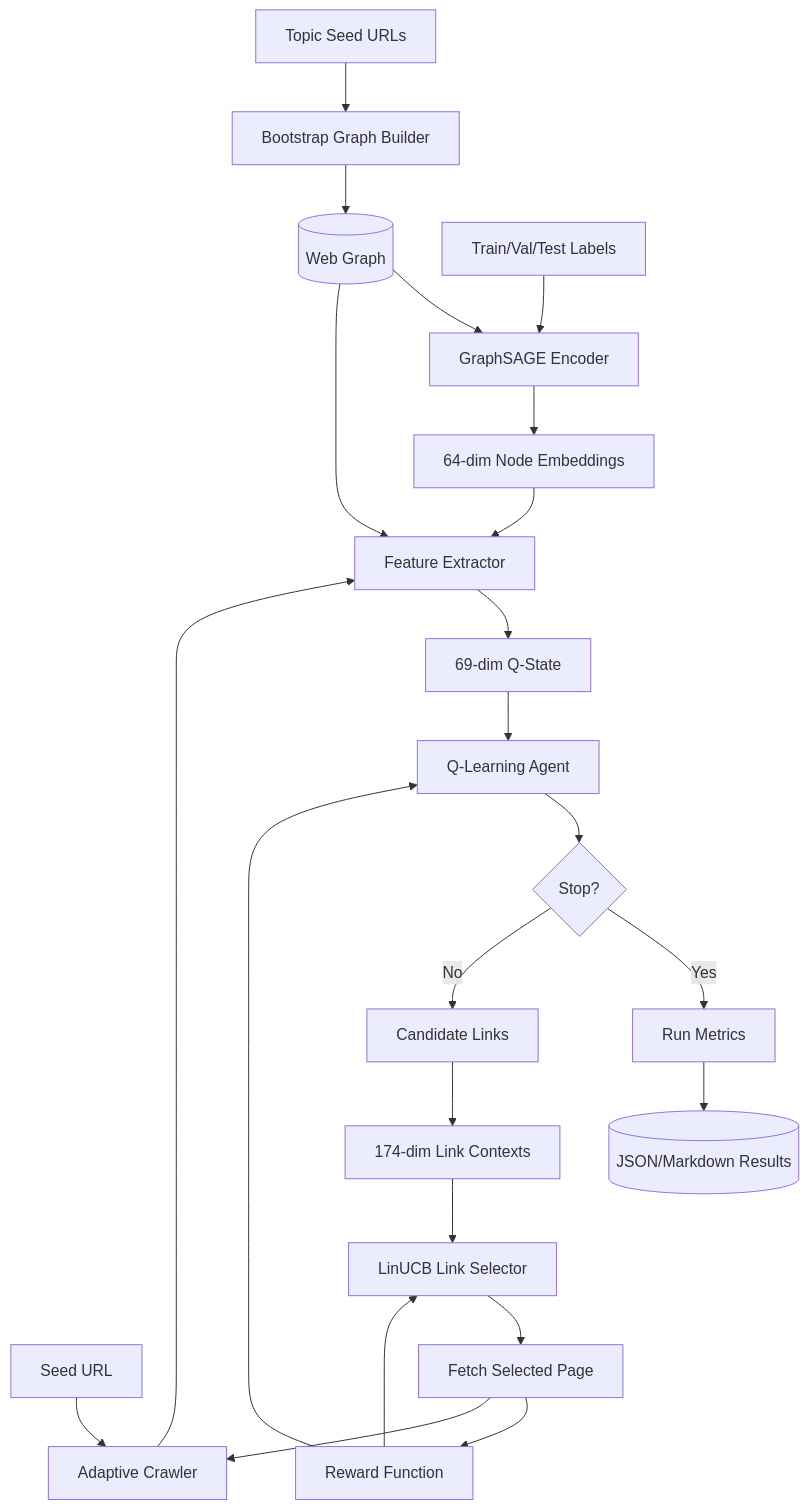
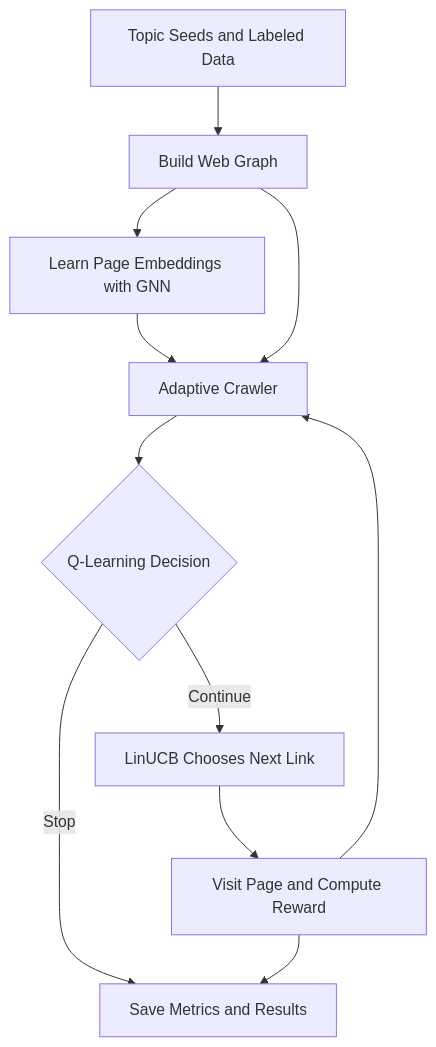
The diagram in README.md (DSCmatter/adaptive-qlearning-web-crawler), drawn with Mermaid before and after one commit. The commit also changed other lines of this file and 1 other file, not shown here.

````diff
--- a/README.md
+++ b/README.md
@@ -114,27 +93,14 @@
 ```mermaid
 flowchart TD
-    Seeds[Topic Seed URLs] --> Bootstrap[Bootstrap Graph Builder]
-    Bootstrap --> Graph[(Web Graph)]
-    Graph --> GNN[GraphSAGE Encoder]
-    Labels[Train/Val/Test Labels] --> GNN
-    GNN --> Embeddings[64-dim Node Embeddings]
+    A[Topic Seeds and Labeled Data] --> B[Build Web Graph]
+    B --> C[Learn Page Embeddings with GNN]
+    C --> D[Adaptive Crawler]
+    D --> E{Q-Learning Decision}
+    E -->|Stop| H[Save Metrics and Results]
+    E -->|Continue| F[LinUCB Chooses Next Link]
+    F --> G[Visit Page and Compute Reward]
+    G --> D
 
-    Start[Seed URL] --> Crawler[Adaptive Crawler]
-    Crawler --> Extractor[Feature Extractor]
-    Graph --> Extractor
-    Embeddings --> Extractor
-    Extractor --> QState[69-dim Q-State]
-    QState --> QAgent[Q-Learning Agent]
-    QAgent --> Stop{Stop?}
-    Stop -->|Yes| Report[Run Metrics]
-    Stop -->|No| Candidates[Candidate Links]
-    Candidates --> Contexts[174-dim Link Contexts]
-    Contexts --> Bandit[LinUCB Link Selector]
-    Bandit --> Fetch[Fetch Selected Page]
-    Fetch --> Reward[Reward Function]
-    Reward --> QAgent
-    Reward --> Bandit
-    Fetch --> Crawler
-
-    Report --> Results[(JSON/Markdown Results)]
+    B --> D
+    G --> H
 ```
````
